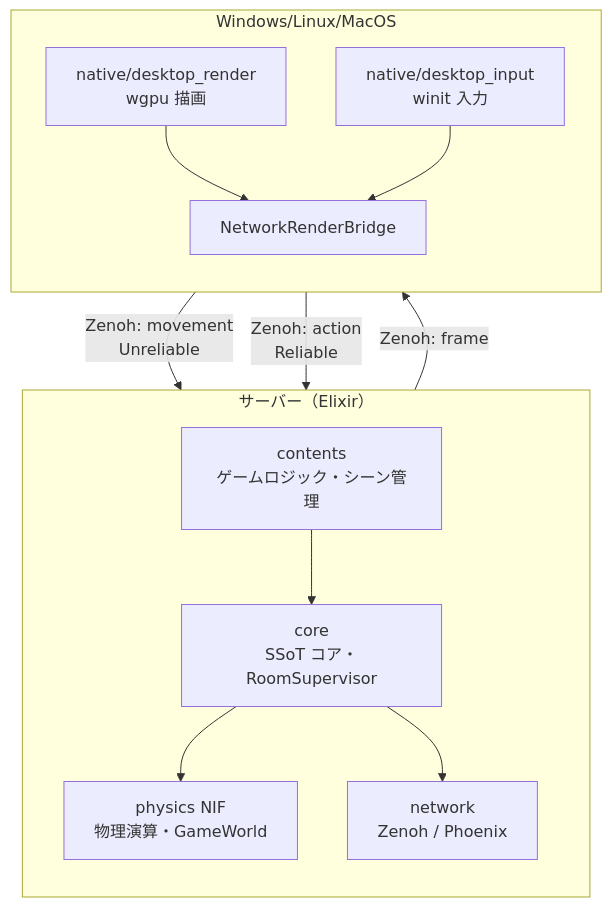
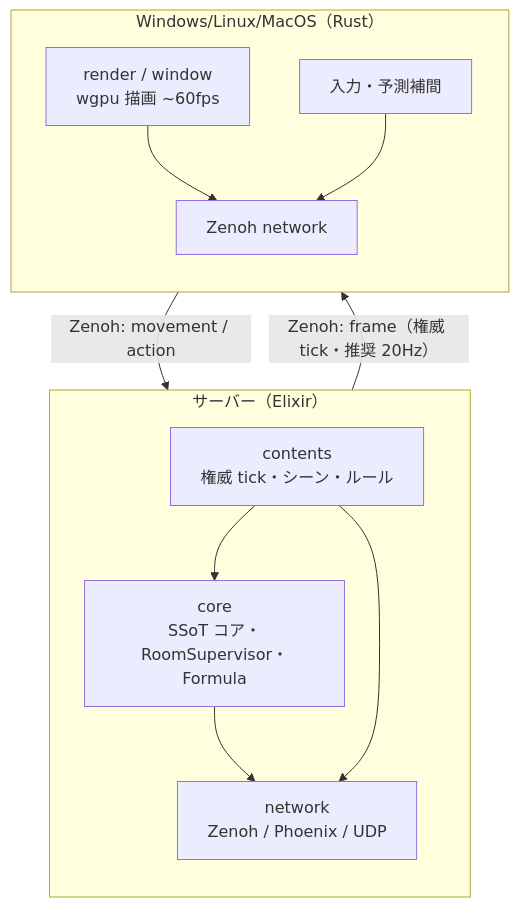
The diagram in README.md (FRICK-ELDY/alchemy-engine), drawn with Mermaid before and after one commit. The commit also changed other lines of this file and 37 other files, not shown here.

````diff
--- a/README.md
+++ b/README.md
@@ -14,28 +14,26 @@
 ```mermaid
 flowchart TB
     subgraph Server["サーバー（Elixir）"]
         direction TB
-        Contents[contents<br/>ゲームロジック・シーン管理]
-        Core[core<br/>SSoT コア・RoomSupervisor]
-        PhysicsNIF[physics NIF<br/>物理演算・GameWorld]
-        Network[network<br/>Zenoh / Phoenix]
+        Contents[contents<br/>権威 tick・シーン・ルール]
+        Core[core<br/>SSoT コア・RoomSupervisor・Formula]
+        Network[network<br/>Zenoh / Phoenix / UDP]
         
         Contents --> Core
-        Core --> PhysicsNIF
         Core --> Network
+        Contents --> Network
     end
     
-    subgraph Client["Windows/Linux/MacOS"]
+    subgraph Client["Windows/Linux/MacOS（Rust）"]
         direction TB
-        Render[native/desktop_render<br/>wgpu 描画]
-        Input[native/desktop_input<br/>winit 入力]
-        Bridge[NetworkRenderBridge]
+        Render[render / window<br/>wgpu 描画 ~60fps]
+        Input[入力・予測補間]
+        Bridge[Zenoh network]
         
         Render --> Bridge
         Input --> Bridge
     end
     
-    Server -->|"Zenoh: frame"| Client
-    Client -->|"Zenoh: movement<br/>Unreliable"| Server
-    Client -->|"Zenoh: action<br/>Reliable"| Server
+    Server -->|"Zenoh: frame（権威 tick・推奨 20Hz）"| Client
+    Client -->|"Zenoh: movement / action"| Server
 ```
````
